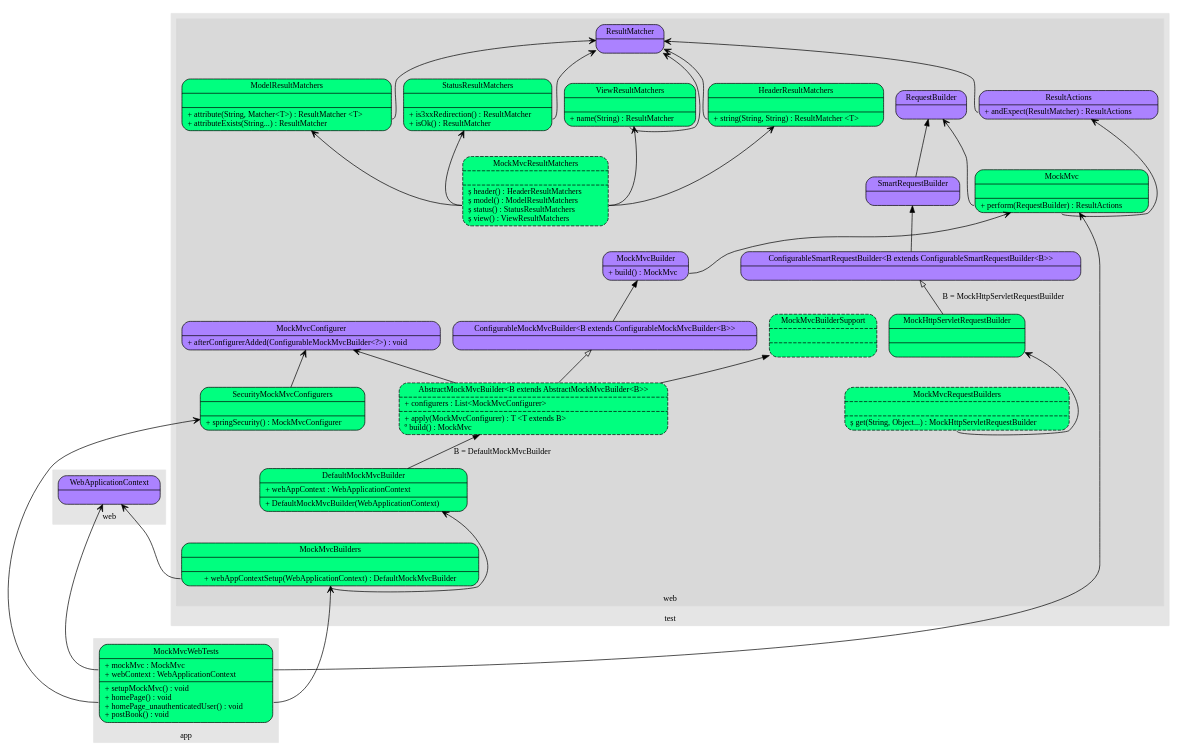
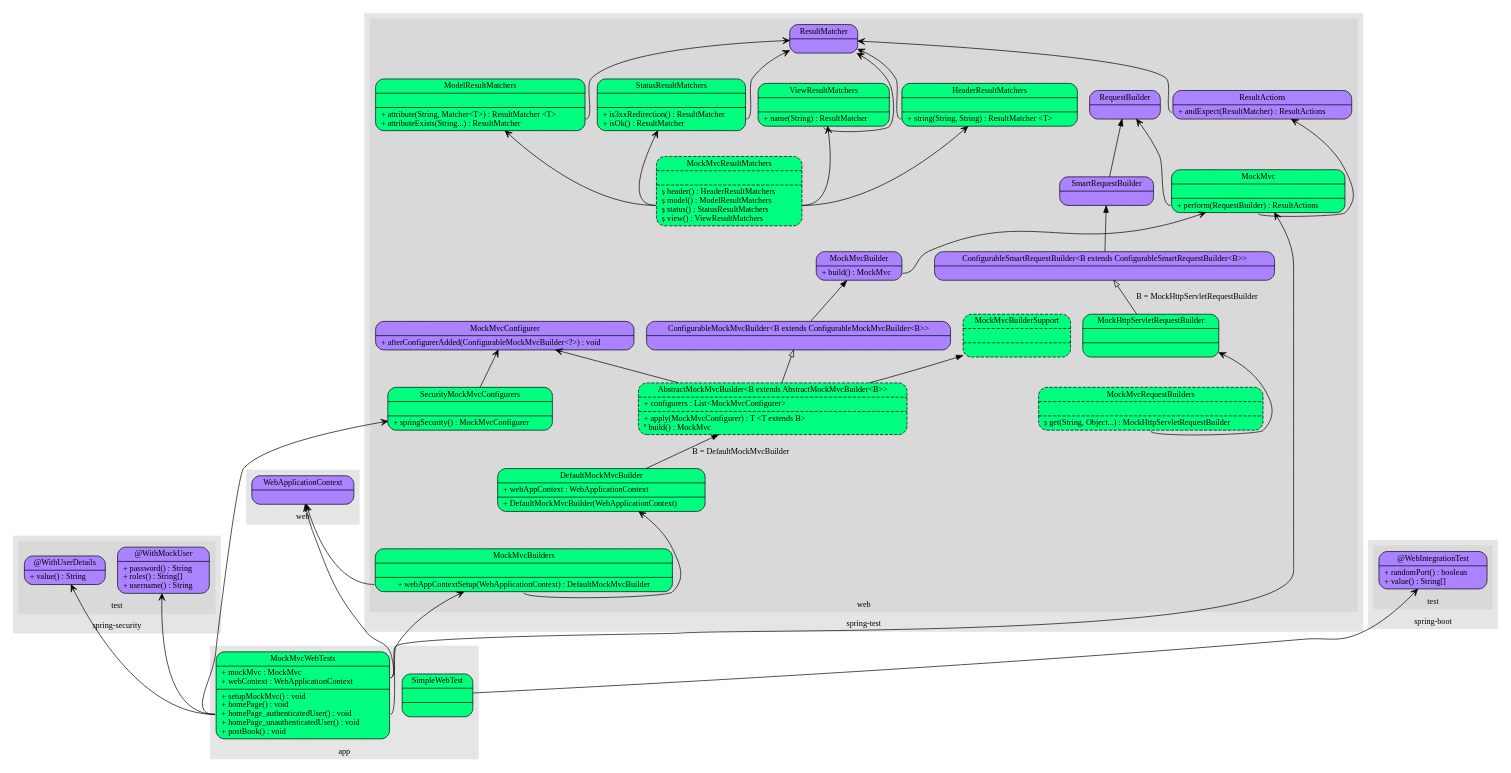
One commit to chris0103/spider-net changed the diagram in Spring/test.dot. Above: the diagram before and after it, drawn with Graphviz. The commit also changed 1 other file, not shown here.

```diff
--- a/Spring/test.dot
+++ b/Spring/test.dot
@@ -1,111 +1,143 @@
 digraph name {
 	rankdir = BT;
     fontname = "Verdana";
     fontsize = 12;
     node [fontname = "Verdana", fontsize = 12, shape = "record"];
     edge [fontname = "Verdana", fontsize = 12];
 	
 	subgraph cluster10 {
 		label = "app";
 		style = filled;
 		color = grey90;
-		MockMvcWebTests [label = "{<f0>MockMvcWebTests|<f1>+ mockMvc : MockMvc\l+ webContext : WebApplicationContext\l|<f2>+ setupMockMvc() : void\l+ homePage() : void\l+ homePage_unauthenticatedUser() : void\l+ postBook() : void\l}", style = "rounded, filled", fillcolor = "springgreen"];
+		MockMvcWebTests [label = "{<f0>MockMvcWebTests|<f1>+ mockMvc : MockMvc\l+ webContext : WebApplicationContext\l|<f2>+ setupMockMvc() : void\l+ homePage() : void\l+ homePage_authenticatedUser() : void\l+ homePage_unauthenticatedUser() : void\l+ postBook() : void\l}", style = "rounded, filled", fillcolor = "springgreen"];
+		SimpleWebTest [label = "{<f0>SimpleWebTest|<f1>|<f2>}", style = "rounded, filled", fillcolor = "springgreen"];
+	}
+	
+	subgraph cluster15 {
+		label = "spring-security";
+		style = filled;
+		color = grey90;
+		
+		subgraph cluster50 {
+			label = "test";
+			style = filled;
+			color = grey85;
+			WithMockUser [label = "{<f0>@WithMockUser|<f2>+ password() : String\l+ roles() : String[]\l+ username() : String\l}", style = "rounded, filled", fillcolor = "mediumpurple1"];
+			WithUserDetails [label = "{<f0>@WithUserDetails|<f2>+ value() : String\l}", style = "rounded, filled", fillcolor = "mediumpurple1"];
+		}
+	}
+	
+	subgraph cluster20 {
+		label = "spring-boot";
+		style = filled;
+		color = grey90;
+		
+		subgraph cluster50 {
+			label = "test";
+			style = filled;
+			color = grey85;
+			WebIntegrationTest [label = "{<f0>@WebIntegrationTest|<f2>+ randomPort() : boolean\l+ value() : String[]\l}", style = "rounded, filled", fillcolor = "mediumpurple1"];
+		}
 	}
 	
 	subgraph cluster25 {
-		label = "test";
+		label = "spring-test";
 		style = filled;
 		color = grey90;
 		
 		subgraph cluster90 {
 			label = "web";
 			style = filled;
 			color = grey85;
 			AbstractMockMvcBuilder [label = "{<f0>AbstractMockMvcBuilder&lt;B extends AbstractMockMvcBuilder&lt;B&gt;&gt;|<f1>+ configurers : List&lt;MockMvcConfigurer&gt;\l|<f2>+ apply(MockMvcConfigurer) : T &lt;T extends B&gt;\l&#186; build() : MockMvc\l}", style = "rounded, filled, dashed", fillcolor = "springgreen"];
 			ConfigurableMockMvcBuilder [label = "{<f0>ConfigurableMockMvcBuilder&lt;B extends ConfigurableMockMvcBuilder&lt;B&gt;&gt;|<f2>}", style = "rounded, filled", fillcolor = "mediumpurple1"];
 			DefaultMockMvcBuilder [label = "{<f0>DefaultMockMvcBuilder|<f1>+ webAppContext : WebApplicationContext\l|<f2>+ DefaultMockMvcBuilder(WebApplicationContext)\l}", style = "rounded, filled", fillcolor = "springgreen"];
 			HeaderResultMatchers [label = "{<f0>HeaderResultMatchers|<f1>|<f2>+ string(String, String) : ResultMatcher &lt;T&gt;\l}", style = "rounded, filled", fillcolor = "springgreen"];
 			MockHttpServletRequestBuilder [label = "{<f0>MockHttpServletRequestBuilder|<f1>|<f2>}", style = "rounded, filled", fillcolor = "springgreen"];
 			MockMvc [label = "{<f0>MockMvc|<f1>|<f2>+ perform(RequestBuilder) : ResultActions\l}", style = "rounded, filled", fillcolor = "springgreen"];	
 			MockMvcBuilder [label = "{<f0>MockMvcBuilder|<f2>+ build() : MockMvc\l}", style = "rounded, filled", fillcolor = "mediumpurple1"];
 			MockMvcBuilders [label = "{<f0>MockMvcBuilders|<f1>|<f2>+ webAppContextSetup(WebApplicationContext) : DefaultMockMvcBuilder}", style = "rounded, filled", fillcolor = "springgreen"];
 			MockMvcBuilderSupport [label = "{<f0>MockMvcBuilderSupport|<f1>|<f2>}", style = "rounded, filled, dashed", fillcolor = "springgreen"];
 			MockMvcConfigurer [label = "{<f0>MockMvcConfigurer|<f2>+ afterConfigurerAdded(ConfigurableMockMvcBuilder&lt;?&gt;) : void\l}", style = "rounded, filled", fillcolor = "mediumpurple1"];
 			MockMvcRequestBuilders [label = "{<f0>MockMvcRequestBuilders|<f1>|<f2>&#537; get(String, Object...) : MockHttpServletRequestBuilder\l}", style = "rounded, filled, dashed", fillcolor = "springgreen"];
 			MockMvcResultMatchers [label = "{<f0>MockMvcResultMatchers|<f1>|<f2>&#537; header() : HeaderResultMatchers\l&#537; model() : ModelResultMatchers\l&#537; status() : StatusResultMatchers\l&#537; view() : ViewResultMatchers\l}", style = "rounded, filled, dashed", fillcolor = "springgreen"];
 			ConfigurableSmartRequestBuilder [label = "{<f0>ConfigurableSmartRequestBuilder&lt;B extends ConfigurableSmartRequestBuilder&lt;B&gt;&gt;|<f2>}", style = "rounded, filled", fillcolor = "mediumpurple1"];
 			RequestBuilder [label = "{<f0>RequestBuilder|<f2>}", style = "rounded, filled", fillcolor = "mediumpurple1"];
 			ResultActions [label = "{<f0>ResultActions|<f2>+ andExpect(ResultMatcher) : ResultActions\l}", style = "rounded, filled", fillcolor = "mediumpurple1"];
 			ResultMatcher [label = "{<f0>ResultMatcher|<f2>}", style = "rounded, filled", fillcolor = "mediumpurple1"];
 			SecurityMockMvcConfigurers [label = "{<f0>SecurityMockMvcConfigurers|<f1>|<f2>+ springSecurity() : MockMvcConfigurer\l}", style = "rounded, filled", fillcolor = "springgreen"];
 			SmartRequestBuilder [label = "{<f0>SmartRequestBuilder|<f2>}", style = "rounded, filled", fillcolor = "mediumpurple1"];
 			ModelResultMatchers [label = "{<f0>ModelResultMatchers|<f1>|<f2>+ attribute(String, Matcher&lt;T&gt;) : ResultMatcher &lt;T&gt;\l+ attributeExists(String...) : ResultMatcher\l}", style = "rounded, filled", fillcolor = "springgreen"];
 			StatusResultMatchers [label = "{<f0>StatusResultMatchers|<f1>|<f2>+ is3xxRedirection() : ResultMatcher\l+ isOk() : ResultMatcher\l}", style = "rounded, filled", fillcolor = "springgreen"];
 			ViewResultMatchers [label = "{<f0>ViewResultMatchers|<f1>|<f2>+ name(String) : ResultMatcher\l}", style = "rounded, filled", fillcolor = "springgreen"];
 		}
 	}
 	
 	subgraph cluster75 {
 		label = "web";
 		style = filled;
 		color = grey90;
 		WebApplicationContext [label = "{<f0>WebApplicationContext|<f2>}", style = "rounded, filled", fillcolor = "mediumpurple1"];
 	}
 	
 	/*	
 	
 	// item_name [label = "item_label", style = "filled", fillcolor = "palegreen"];
 	// record_name [shape = "record", label = "{{<f0>interface|{<f10>(other implementers)}}|(other methods)}"];
 	// record_without_properties [shape = "record", label = "{<f0>label|<f1>value}"];
 	// record_with_properties [shape = "record", label = "{<f0>label|<f1>value|{{<f20>property|<f21>value}}}"];
 	// interface_minor [shape = "plaintext", label = "Interface_minor"];
 	// interface [label = "{<f0>Interface|<f2>+ method() : return_type\l}", style = "rounded, filled", fillcolor = "mediumpurple1"];
 	// abstract_class [label = "{<f0>Abstract_Class|<f1>+ field1 : type\l+ field2 : type\l|<f2>&#170; abstract_method() : return_type\l&#537; static_method() : return_type\l+ method() : return_type\l}", style = "rounded, filled, dashed", fillcolor = "springgreen"];
 	// class [label = "{<f0>Class|<f1>+ field1 : type\l+ field2 : type\l&#10765; final_field : type\l&#537; static_field : type\l|<f2>+ method() : return_type\l&#537; static_method() : return_type\l&#186; overriden_method() : return_type\l}", style = "rounded, filled", fillcolor = "springgreen"];
 	// bean_record [label = "{<f0>beanId|<f1>beanClass|{{<f20>property1|<f21>property2}}}"];
 	// module_record [label = "{<f0>artifactId|<f1>projectName}"];
 	*/
 	
 	MockMvcWebTests:f1 -> MockMvc [arrowhead = "vee"];
 	MockMvcWebTests:f1 -> WebApplicationContext [arrowhead = "vee"];
 	MockMvcWebTests:f2 -> MockMvcBuilders [arrowhead = "vee"];
 	MockMvcWebTests:f2 -> SecurityMockMvcConfigurers [arrowhead = "vee"];
 	SecurityMockMvcConfigurers -> MockMvcConfigurer [arrowhead = "vee"];
 	
 	MockMvcBuilders:f2 -> WebApplicationContext [arrowhead = "vee"];
 	MockMvcBuilders:f2 -> DefaultMockMvcBuilder [arrowhead = "vee"];
 	DefaultMockMvcBuilder -> AbstractMockMvcBuilder [label = "B = DefaultMockMvcBuilder"];
 	AbstractMockMvcBuilder -> MockMvcBuilderSupport;
 	AbstractMockMvcBuilder -> ConfigurableMockMvcBuilder [arrowhead = "empty"];
 	AbstractMockMvcBuilder -> MockMvcConfigurer [arrowhead = "vee"];
 	ConfigurableMockMvcBuilder -> MockMvcBuilder;
 	MockMvcBuilder:f2 -> MockMvc [arrowhead = "vee"];
 	MockMvc:f2 -> RequestBuilder [arrowhead = "vee"];
 	MockMvc:f2 -> ResultActions [arrowhead = "vee"];
 	ResultActions:f2 -> ResultMatcher [arrowhead = "vee"];
 	SmartRequestBuilder -> RequestBuilder;
 	ConfigurableSmartRequestBuilder -> SmartRequestBuilder;
 	MockHttpServletRequestBuilder -> ConfigurableSmartRequestBuilder [arrowhead = "empty", label = "B = MockHttpServletRequestBuilder"];
 	MockMvcRequestBuilders:f2 -> MockHttpServletRequestBuilder [arrowhead = "vee"];
 	
 	MockMvcResultMatchers:f2 -> StatusResultMatchers [arrowhead = "vee"];
 	StatusResultMatchers:f2 -> ResultMatcher [arrowhead = "vee"];
 	MockMvcResultMatchers:f2 -> ViewResultMatchers [arrowhead = "vee"];
 	ViewResultMatchers:f2 -> ResultMatcher [arrowhead = "vee"];
 	MockMvcResultMatchers:f2 -> ModelResultMatchers [arrowhead = "vee"];
 	ModelResultMatchers:f2 -> ResultMatcher [arrowhead = "vee"];
 	MockMvcResultMatchers:f2 -> HeaderResultMatchers [arrowhead = "vee"];
 	HeaderResultMatchers:f2 -> ResultMatcher [arrowhead = "vee"];
 	
+	MockMvcWebTests:f2 -> WithMockUser [arrowhead = "vee"];
+	MockMvcWebTests:f2 -> WithUserDetails [arrowhead = "vee"];
+	SimpleWebTest -> WebIntegrationTest [arrowhead = "vee"];
+	
 	// Implementation -> Interface [arrowhead = "empty"];
 	// Subclass -> Class;
 	// SubInterface -> Interface;	
 	// Referer -> Referee [arrowhead = "vee"];
 	// Implementation -> InterfaceMinor [arrowhead = "odot"];
 	
 	// This is commented for dot to run, but it SHOULD BE uncommented as soon as dot works fine again
 	// ****************** dot cracks from below ******************** //
 	// ill link;
 	
 	// current is current_progress_item
 }
```
